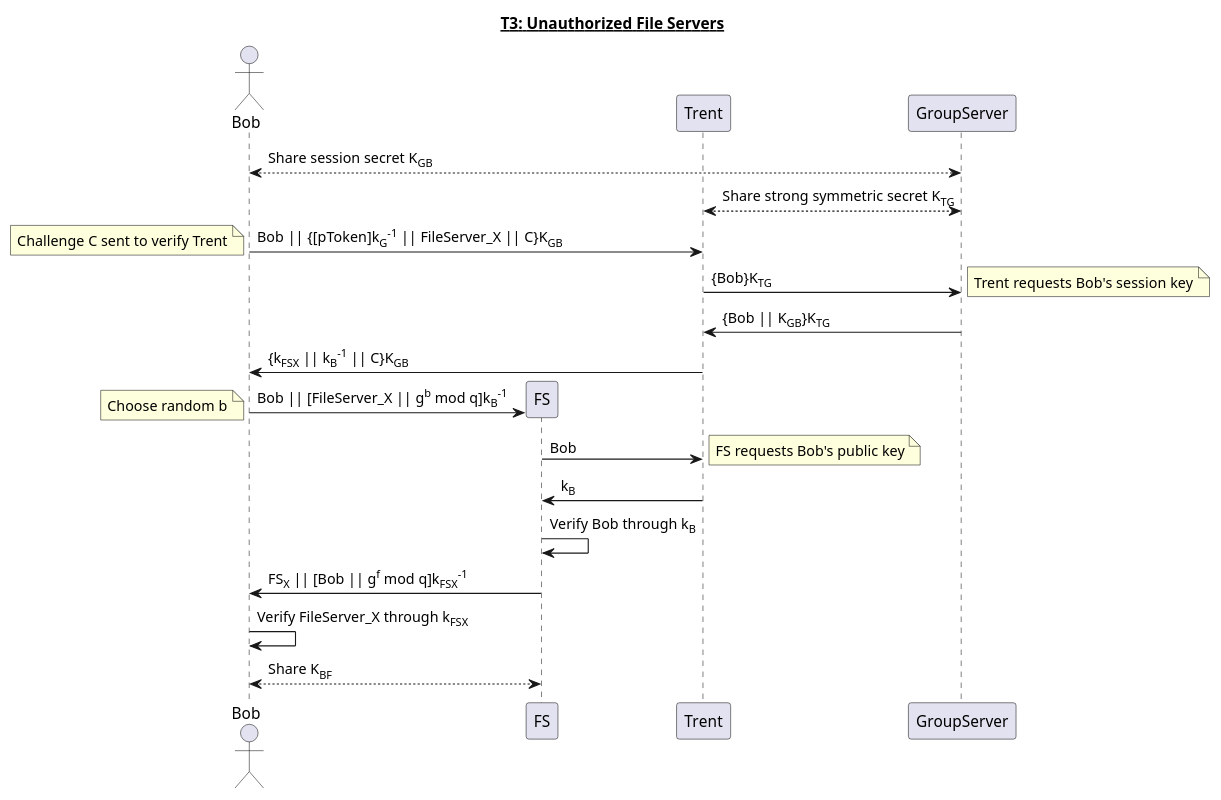
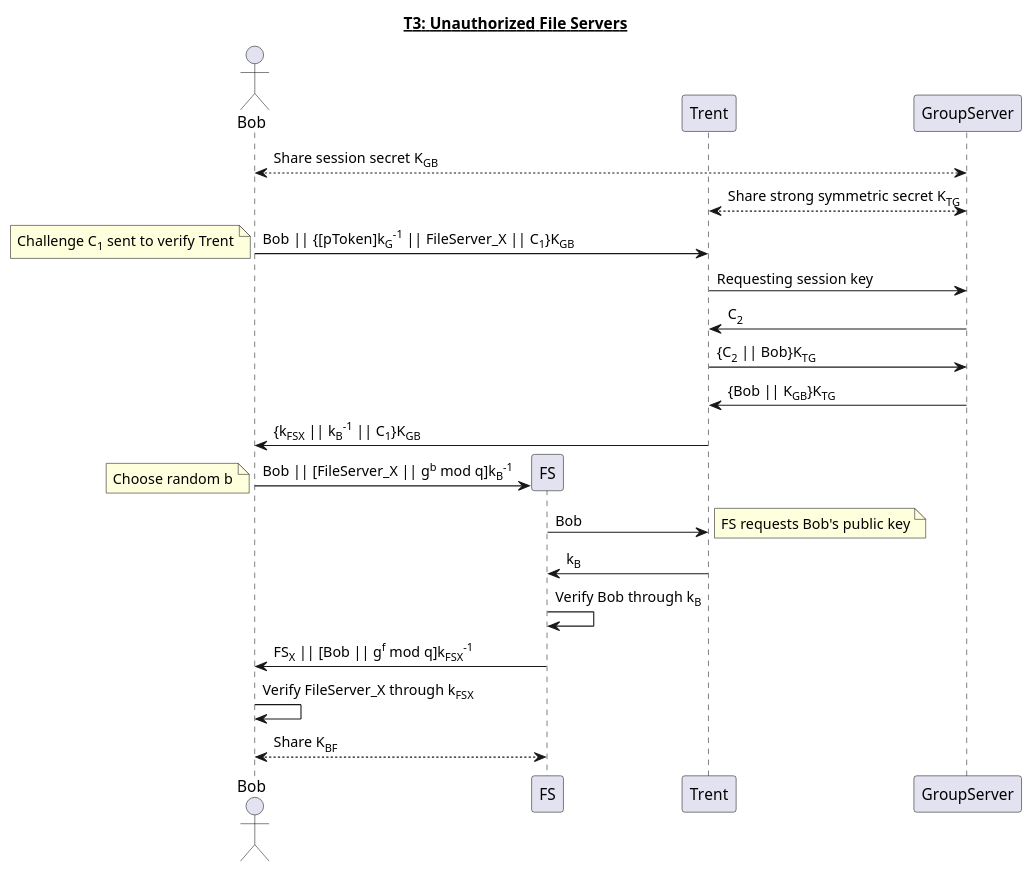
The diagram in reports/img/T3.puml (jondyer/cs1653-2017fa-jbd29-mar257-zds14), drawn with PlantUML before and after one commit. The commit also changed 1 other file, not shown here.

Commit message:
GroupServer verifies Trent

```diff
--- a/reports/img/T3.puml
+++ b/reports/img/T3.puml
@@ -1,30 +1,31 @@
 @startuml
 title __T3: Unauthorized File Servers__
 actor Bob
 participant FS
 participant Trent
 participant GroupServer
 
 Bob <--> GroupServer: Share session secret K<sub>GB</sub>
 GroupServer <--> Trent: Share strong symmetric secret K<sub>TG</sub>
-Bob -> Trent: Bob || {[pToken]k<sub>G</sub><sup>-1</sup> || FileServer_X || C}K<sub>GB</sub>
-note left: Challenge C sent to verify Trent
+Bob -> Trent: Bob || {[pToken]k<sub>G</sub><sup>-1</sup> || FileServer_X || C<sub>1</sub>}K<sub>GB</sub>
+note left: Challenge C<sub>1</sub> sent to verify Trent
 
-Trent -> GroupServer: {Bob}K<sub>TG</sub>
-note right: Trent requests Bob's session key
+Trent -> GroupServer: Requesting session key
+GroupServer -> Trent: C<sub>2</sub>
+Trent -> GroupServer: {C<sub>2</sub> || Bob}K<sub>TG</sub>
 GroupServer -> Trent: {Bob || K<sub>GB</sub>}K<sub>TG</sub>
-Trent -> Bob: {k<sub>FSX</sub> || k<sub>B</sub><sup>-1</sup> || C}K<sub>GB</sub>
+Trent -> Bob: {k<sub>FSX</sub> || k<sub>B</sub><sup>-1</sup> || C<sub>1</sub>}K<sub>GB</sub>
 
 create FS
 Bob -> FS: Bob || [FileServer_X || g<sup>b</sup> mod q]k<sub>B</sub><sup>-1</sup>
 note left: Choose random b
 FS -> Trent: Bob
 note right: FS requests Bob's public key
 Trent -> FS: k<sub>B</sub>
 
 FS -> FS: Verify Bob through k<sub>B</sub>
 FS -> Bob: FS<sub>X</sub> || [Bob || g<sup>f</sup> mod q]k<sub>FSX</sub><sup>-1</sup>
 Bob -> Bob: Verify FileServer_X through k<sub>FSX</sub>
 
 Bob <--> FS: Share K<sub>BF</sub>
 @enduml
```
